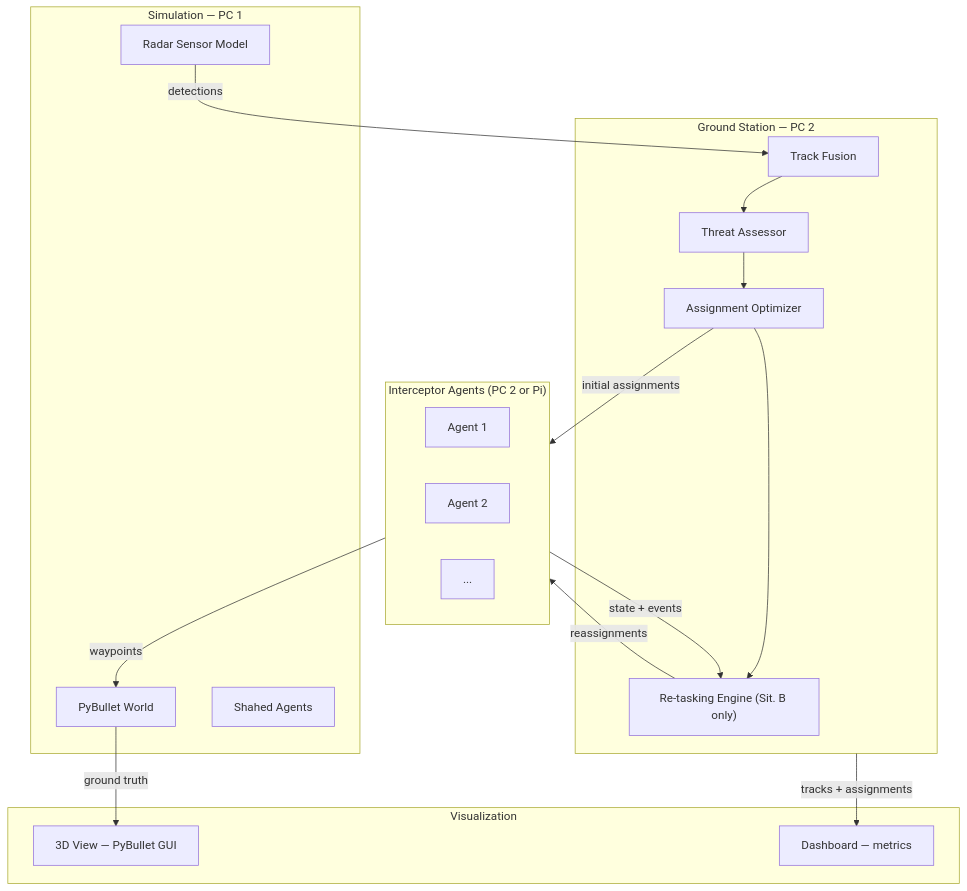
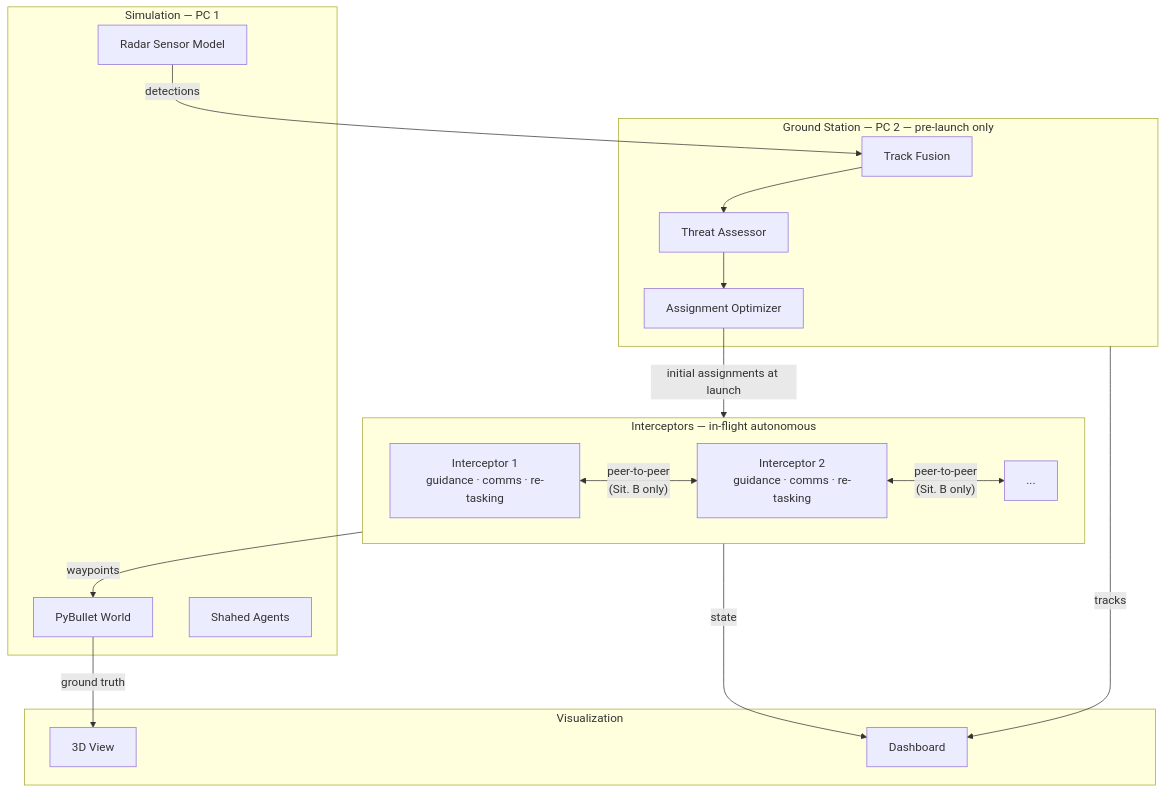
One commit to marcellobardus/EDTH_Paris changed the first of 2 diagrams in docs/specification.md. Above: the diagram before and after it, drawn with Mermaid. The commit also changed other lines of this file and 1 other file, not shown here.

````diff
--- a/docs/specification.md
+++ b/docs/specification.md
@@ -33,35 +35,35 @@
 ```mermaid
 graph TD
     subgraph SIM["Simulation — PC 1"]
         PB[PyBullet World]
+        SM[Radar Sensor Model]
         ED[Shahed Agents]
-        SM[Radar Sensor Model]
     end
 
-    subgraph GS["Ground Station — PC 2"]
+    subgraph GS["Ground Station — PC 2 — pre-launch only"]
         TF[Track Fusion]
         TA[Threat Assessor]
         AO[Assignment Optimizer]
-        RE["Re-tasking Engine (Sit. B only)"]
-        TF --> TA --> AO --> RE
+        TF --> TA --> AO
     end
 
-    subgraph AGENTS["Interceptor Agents (PC 2 or Pi)"]
-        I1[Agent 1]
-        I2[Agent 2]
-        IN[...]
+    subgraph FLIGHT["Interceptors — in-flight autonomous"]
+        I1["Interceptor 1\nguidance · comms · re-tasking"]
+        I2["Interceptor 2\nguidance · comms · re-tasking"]
+        IN["..."]
+        I1 <-->|"peer-to-peer\n(Sit. B only)"| I2
+        I2 <-->|"peer-to-peer\n(Sit. B only)"| IN
     end
 
     subgraph VIZ["Visualization"]
-        V3D[3D View — PyBullet GUI]
-        DB[Dashboard — metrics]
+        V3D[3D View]
+        DB[Dashboard]
     end
 
     SM -->|detections| TF
-    AO -->|initial assignments| AGENTS
-    RE -->|reassignments| AGENTS
-    AGENTS -->|state + events| RE
-    AGENTS -->|waypoints| PB
+    AO -->|initial assignments at launch| FLIGHT
+    FLIGHT -->|waypoints| PB
     PB -->|ground truth| V3D
-    GS -->|tracks + assignments| DB
+    GS -->|tracks| DB
+    FLIGHT -->|state| DB
 ```
````
